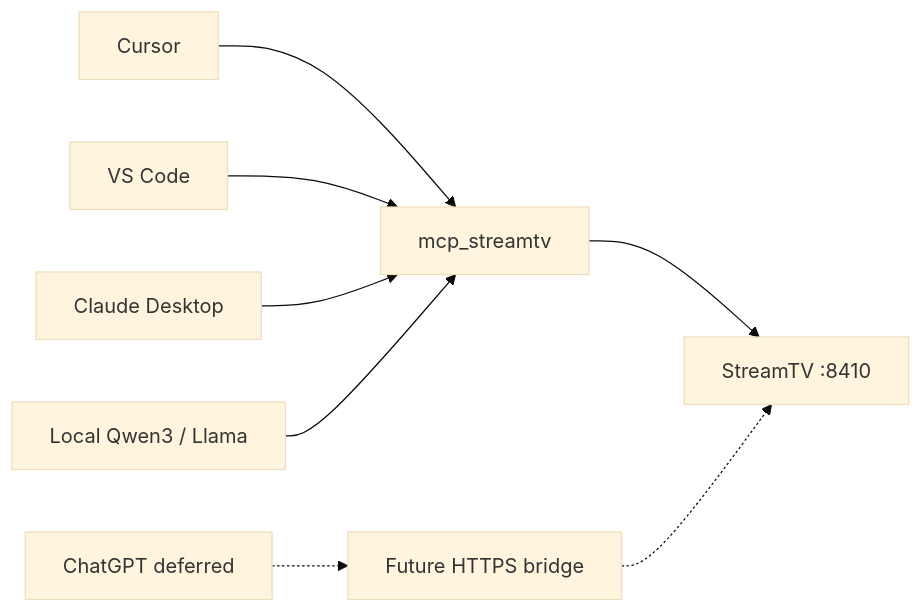
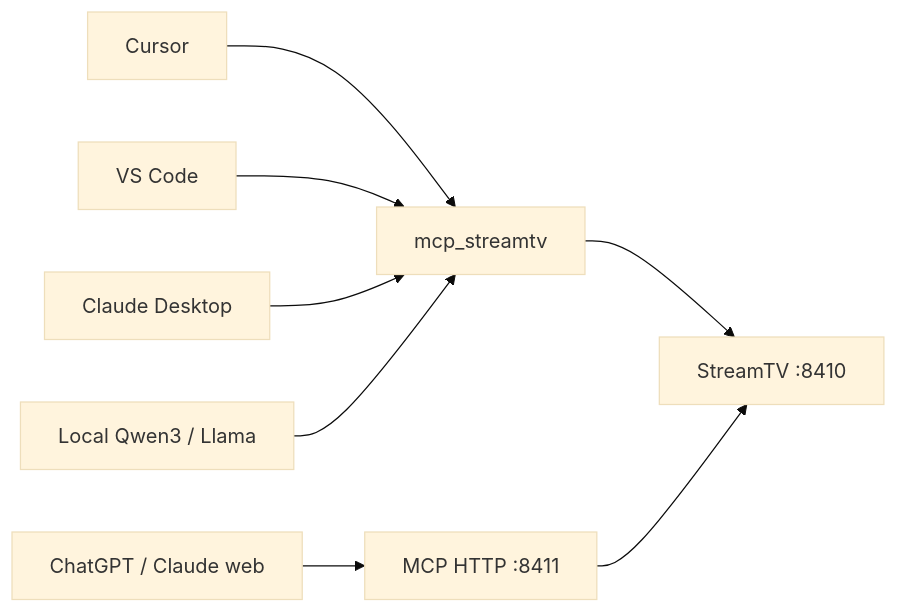
Before and after one commit to roto31/StreamTV: the sixth of 6 diagrams in docs/guides/CHANNEL_CREATOR_MCP.md, drawn with Mermaid (base theme). The commit also changed other lines of this file and 8 other files, not shown here.

````diff
--- a/docs/guides/CHANNEL_CREATOR_MCP.md
+++ b/docs/guides/CHANNEL_CREATOR_MCP.md
@@ -236,10 +250,10 @@
 ```mermaid
 flowchart LR
   Cursor --> MCP["mcp_streamtv"]
   VSCode["VS Code"] --> MCP
   Claude["Claude Desktop"] --> MCP
   Local["Local Qwen3 / Llama"] --> MCP
-  ChatGPT["ChatGPT deferred"] -.-> Bridge["Future HTTPS bridge"]
+  Remote["ChatGPT / Claude web"] --> HTTP["MCP HTTP :8411"]
   MCP --> API["StreamTV :8410"]
-  Bridge -.-> API
+  HTTP --> API
 ```
````
